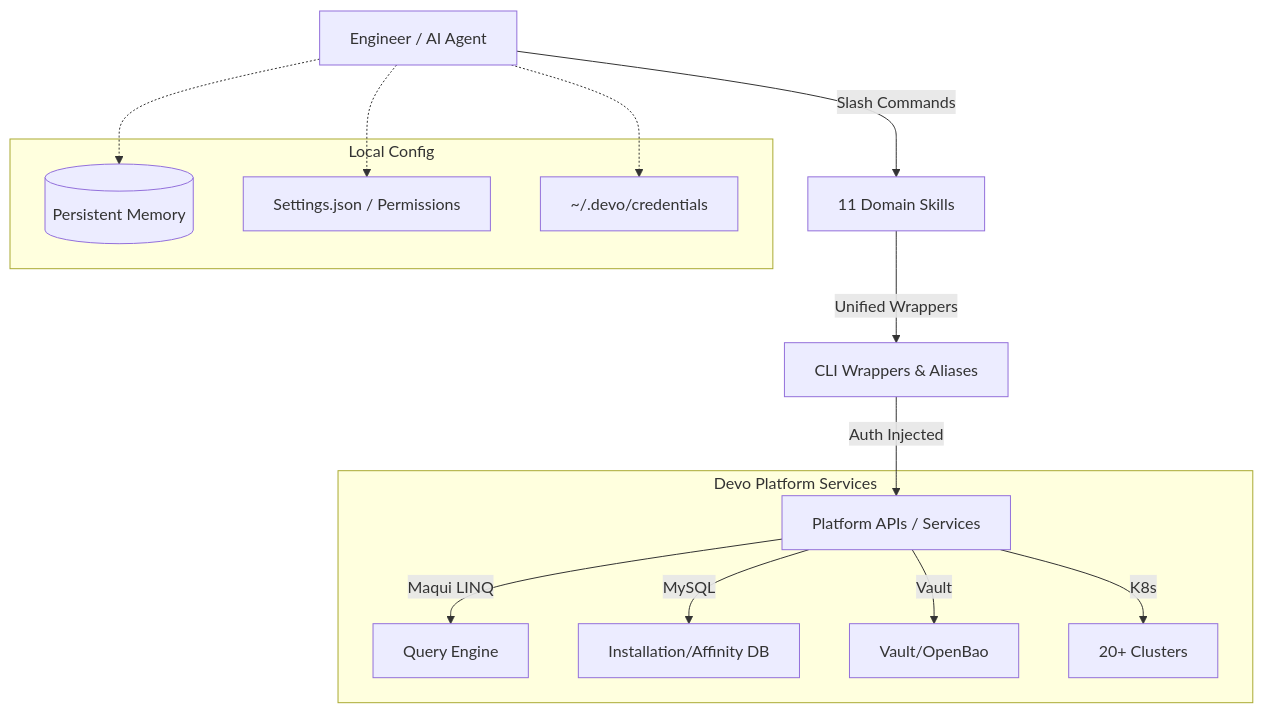
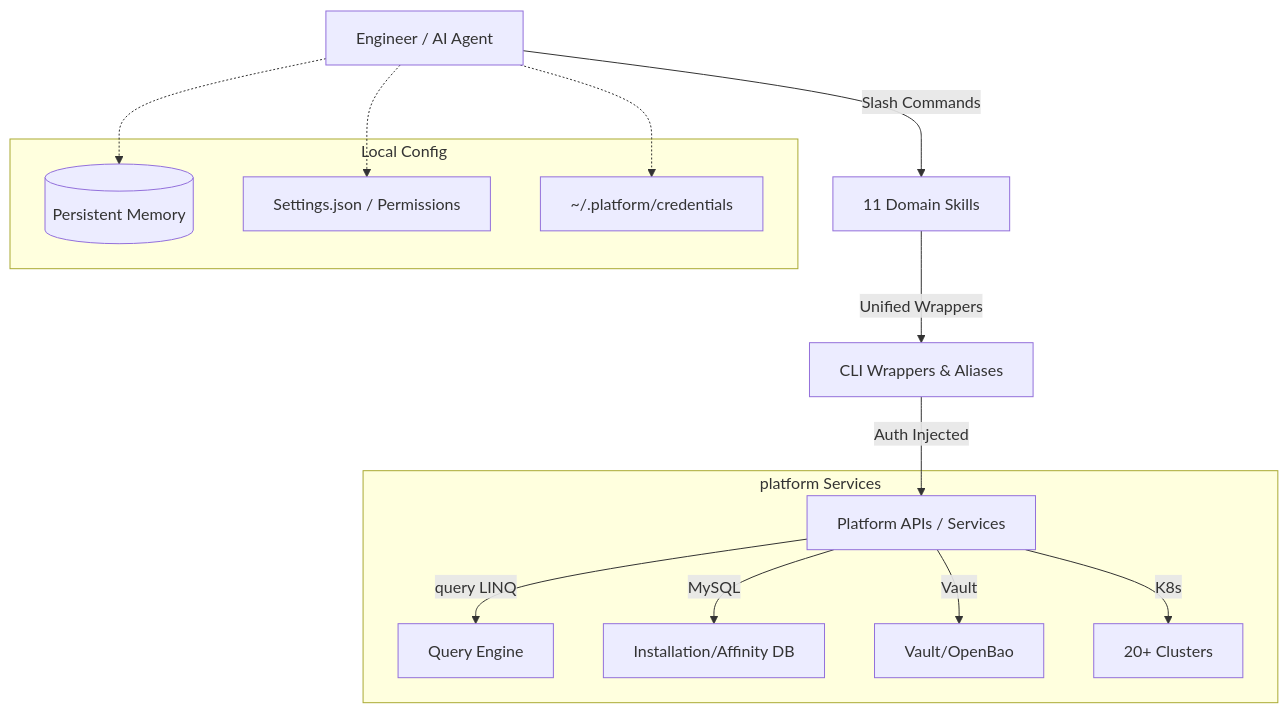
Before and after one commit to vikas0486/AI-Forge: the diagram in README.md, drawn with Mermaid. The commit also changed other lines of this file and 18 other files, not shown here.

Commit message:
feat: AI FORGE v0.2 - RAG roadmap, AI Gateway integration, enterprise documentation improvements

````diff
--- a/README.md
+++ b/README.md
@@ -29,23 +75,23 @@
 ```mermaid
 graph TD
     User[Engineer / AI Agent] -- Slash Commands --> Skills[11 Domain Skills]
     Skills -- Unified Wrappers --> Tools[CLI Wrappers & Aliases]
     Tools -- Auth Injected --> APIs[Platform APIs / Services]
     
-    subgraph Core_Services [Devo Platform Services]
-        APIs -- Maqui LINQ --> Malote[Query Engine]
+    subgraph Core_Services [platform Services]
+        APIs -- query LINQ --> Malote[Query Engine]
         APIs -- MySQL --> RDS[Installation/Affinity DB]
         APIs -- Vault --> Secrets[Vault/OpenBao]
         APIs -- K8s --> EKS[20+ Clusters]
     end
 
     subgraph Config_Layer [Local Config]
         Memory[(Persistent Memory)]
         Settings[Settings.json / Permissions]
-        Creds[~/.devo/credentials]
+        Creds[~/.platform/credentials]
     end
 
     User -.-> Memory
     User -.-> Settings
     User -.-> Creds
 ```
````
